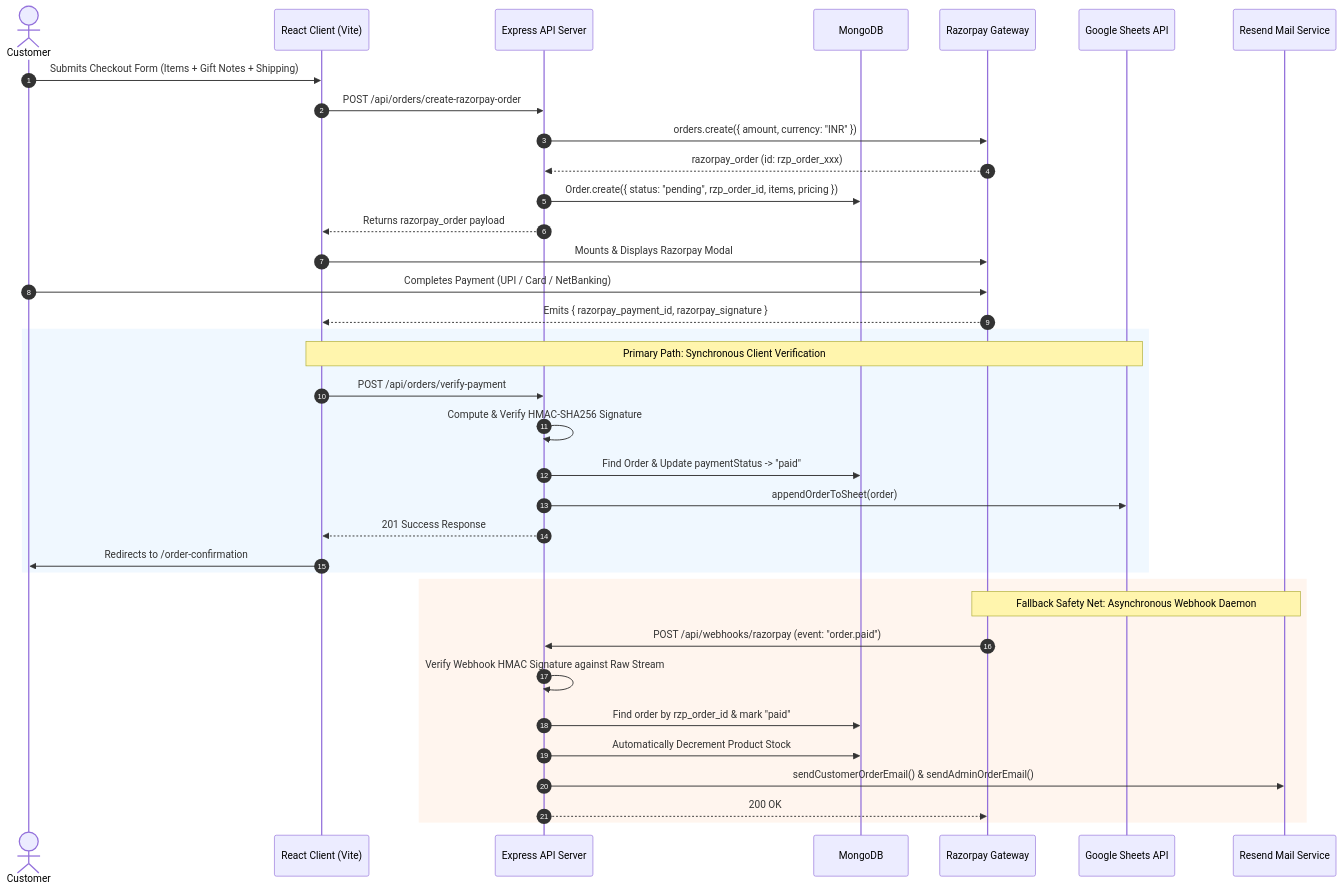
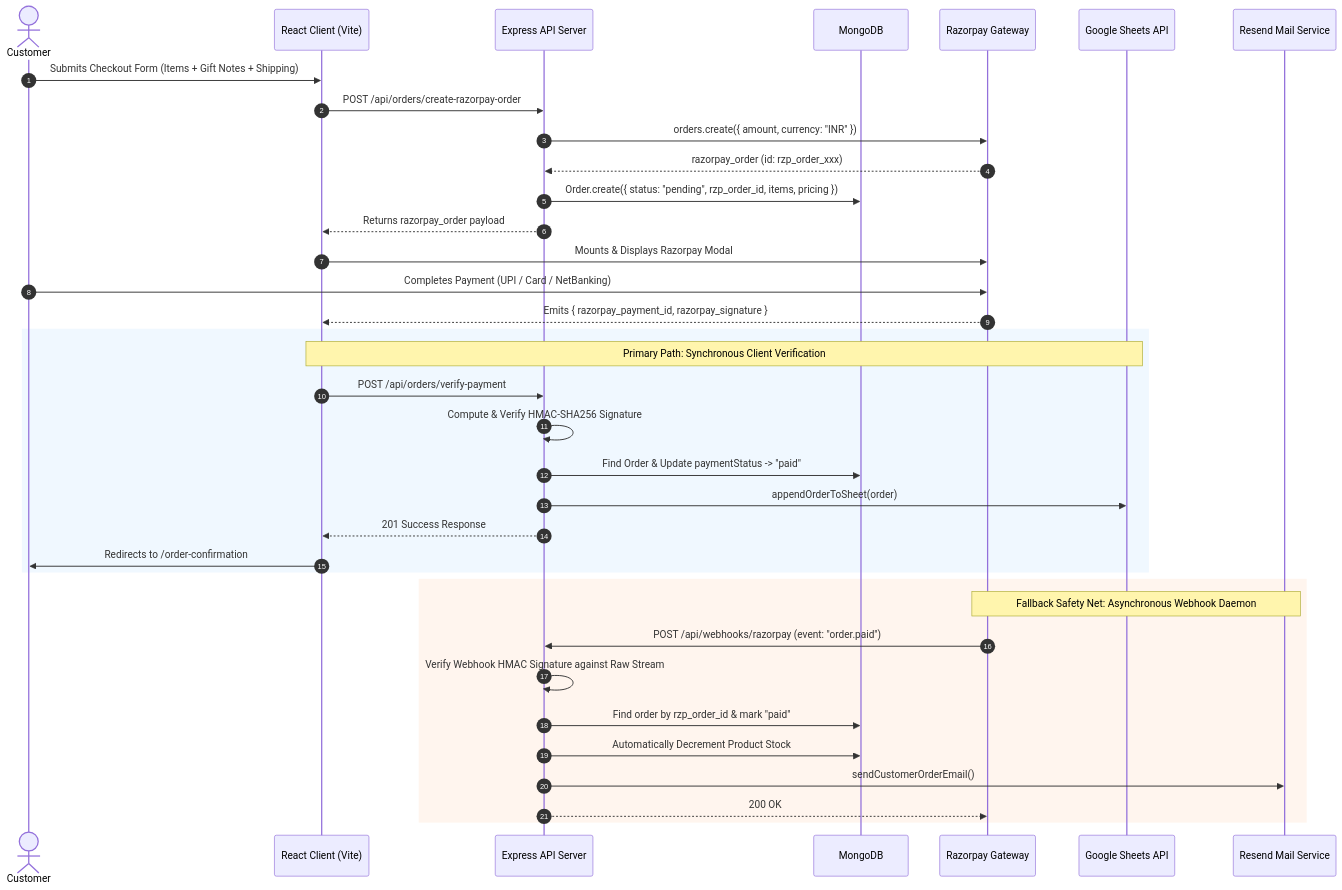
The second of 3 diagrams in README.md (KrishnaNsingh/Lavish-Lathers), drawn with Mermaid before and after one commit. The commit also changed other lines of this file and 16 other files, not shown here.

Commit message:
feat: implement customer authentication with email OTP for account access and checkout profile saving

````diff
--- a/README.md
+++ b/README.md
@@ -79,42 +79,42 @@
 ```mermaid
 sequenceDiagram
     autonumber
     actor Patron as Customer
     participant FE as React Client (Vite)
     participant API as Express API Server
     participant DB as MongoDB
     participant RZP as Razorpay Gateway
     participant GS as Google Sheets API
     participant Mail as Resend Mail Service
 
     Patron->>FE: Submits Checkout Form (Items + Gift Notes + Shipping)
     FE->>API: POST /api/orders/create-razorpay-order
     API->>RZP: orders.create({ amount, currency: "INR" })
     RZP-->>API: razorpay_order (id: rzp_order_xxx)
     API->>DB: Order.create({ status: "pending", rzp_order_id, items, pricing })
     API-->>FE: Returns razorpay_order payload
 
     FE->>RZP: Mounts & Displays Razorpay Modal
     Patron->>RZP: Completes Payment (UPI / Card / NetBanking)
     RZP-->>FE: Emits { razorpay_payment_id, razorpay_signature }
 
     rect rgb(240, 248, 255)
         note over FE,GS: Primary Path: Synchronous Client Verification
         FE->>API: POST /api/orders/verify-payment
         API->>API: Compute & Verify HMAC-SHA256 Signature
         API->>DB: Find Order & Update paymentStatus -> "paid"
         API->>GS: appendOrderToSheet(order)
         API-->>FE: 201 Success Response
         FE->>Patron: Redirects to /order-confirmation
     end
 
     rect rgb(255, 245, 238)
         note over RZP,Mail: Fallback Safety Net: Asynchronous Webhook Daemon
         RZP->>API: POST /api/webhooks/razorpay (event: "order.paid")
         API->>API: Verify Webhook HMAC Signature against Raw Stream
         API->>DB: Find order by rzp_order_id & mark "paid"
         API->>DB: Automatically Decrement Product Stock
-        API->>Mail: sendCustomerOrderEmail() & sendAdminOrderEmail()
+        API->>Mail: sendCustomerOrderEmail()
         API-->>RZP: 200 OK
     end
 ```
````
